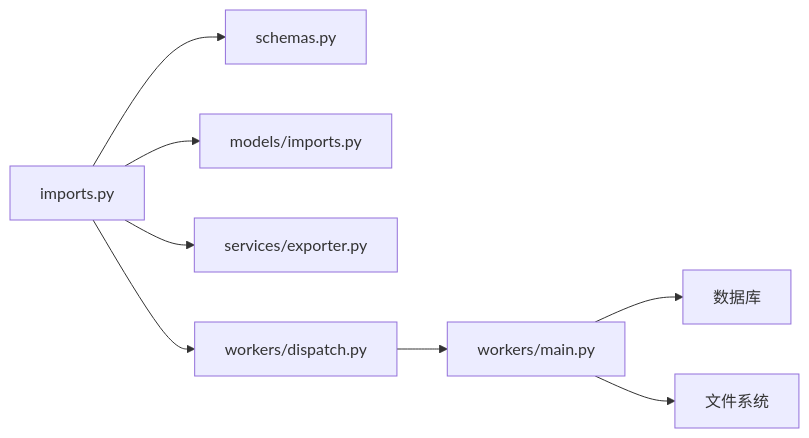
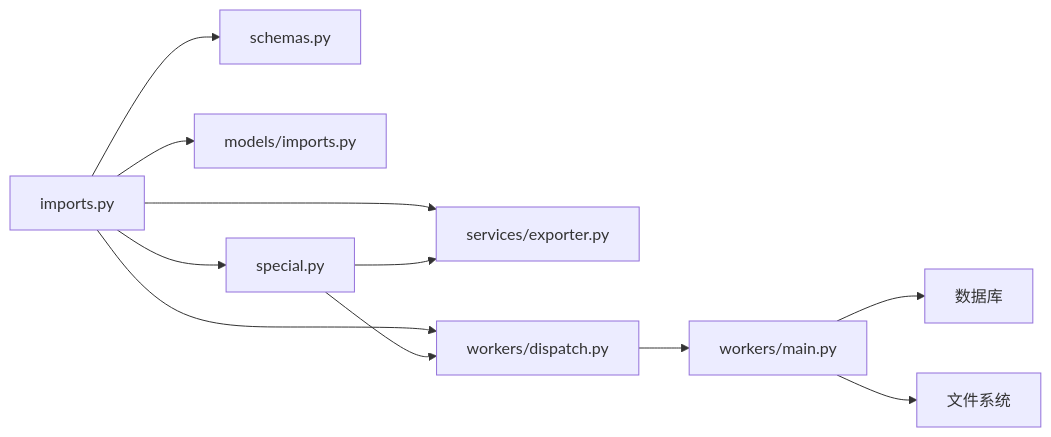
The third of 3 diagrams in .qoder/repowiki/zh/content/后端API文档/导入导出API.md (vu1Art1st/talos), drawn with Mermaid before and after one commit. The commit also changed other lines of this file and 129 other files, not shown here.

````diff
--- a/.qoder/repowiki/zh/content/后端API文档/导入导出API.md
+++ b/.qoder/repowiki/zh/content/后端API文档/导入导出API.md
@@ -236,10 +276,13 @@
 ```mermaid
 graph LR
 API["imports.py"] --> SCH["schemas.py"]
 API --> MDL["models/imports.py"]
 API --> EXP["services/exporter.py"]
 API --> WDIS["workers/dispatch.py"]
+API --> SPECIAL["special.py"]
 WDIS --> WMAIN["workers/main.py"]
 WMAIN --> DB["数据库"]
 WMAIN --> FS["文件系统"]
+SPECIAL --> EXP
+SPECIAL --> WDIS
 ```
````
